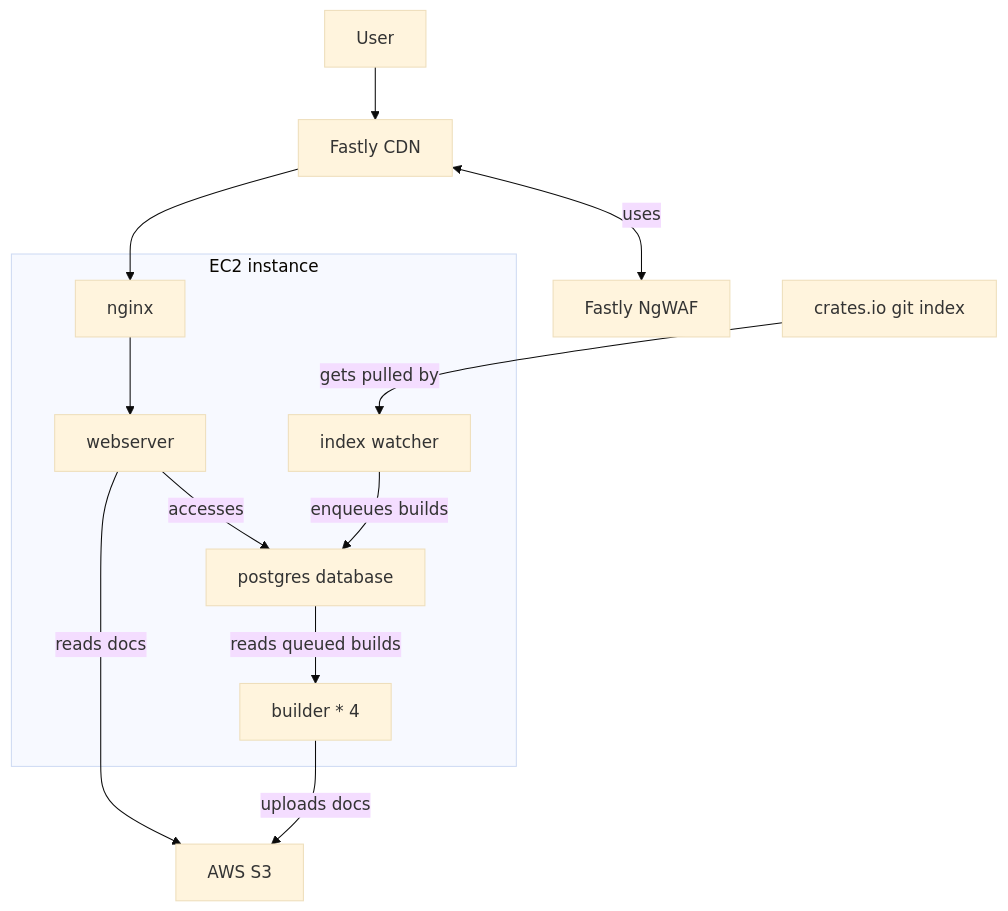
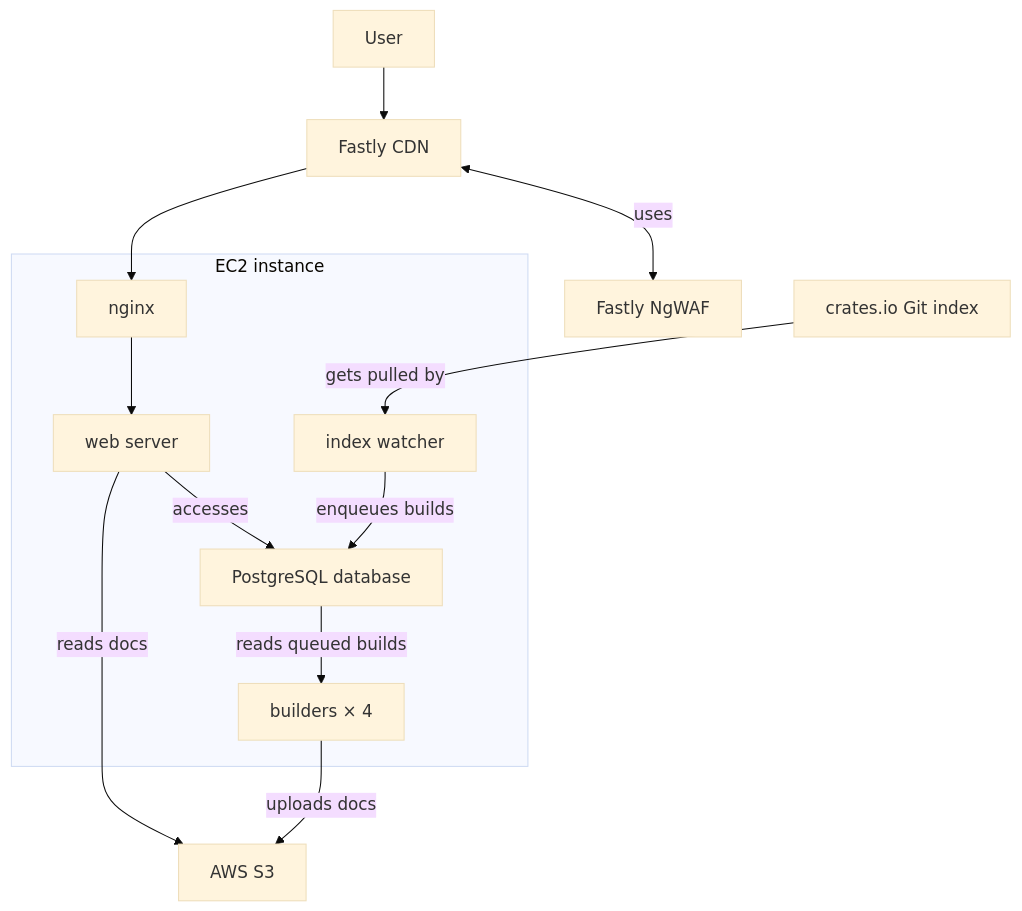
Before and after one commit to rust-lang/docs.rs: the diagram in docs/src/infrastructure/legacy.md, drawn with Mermaid (base theme). The commit also changed other lines of this file and 4 other files, not shown here.

````diff
--- a/docs/src/infrastructure/legacy.md
+++ b/docs/src/infrastructure/legacy.md
@@ -5,17 +5,17 @@
 ```mermaid
 flowchart TD
   user[User] --> fastly[Fastly CDN]
   fastly <--> |uses| ngwaf[Fastly NgWAF]
 
   subgraph ec2[EC2 instance]
-    nginx[nginx] --> web[webserver] --> |accesses| psql[postgres database]
+    nginx[nginx] --> web[web server] --> |accesses| psql[PostgreSQL database]
     watcher[index watcher] --> |enqueues builds| psql
-    psql --> |reads queued builds| builder[builder * 4]
+    psql --> |reads queued builds| builder[builders × 4]
   end
 
   fastly --> nginx
   web -->|reads docs| s3[AWS S3]
   builder --> |uploads docs| s3
 
-  index[crates.io git index] --> |gets pulled by| watcher
+  index[crates.io Git index] --> |gets pulled by| watcher
 ```
````
